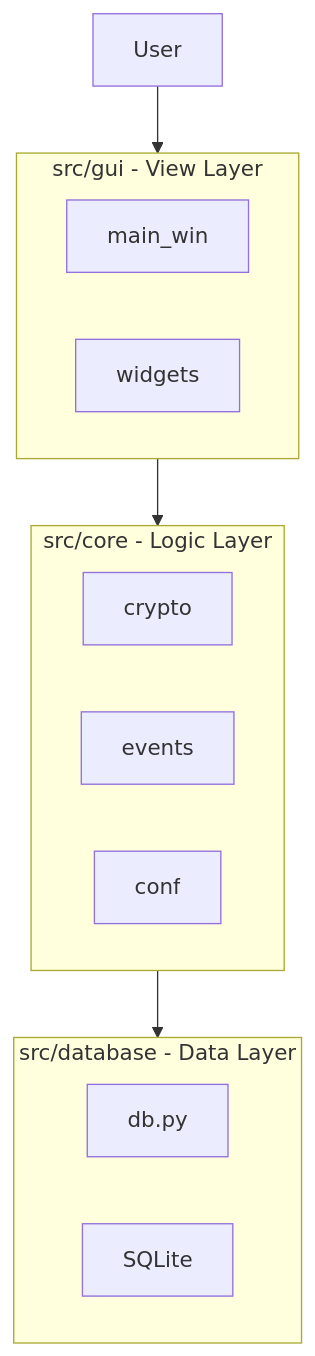
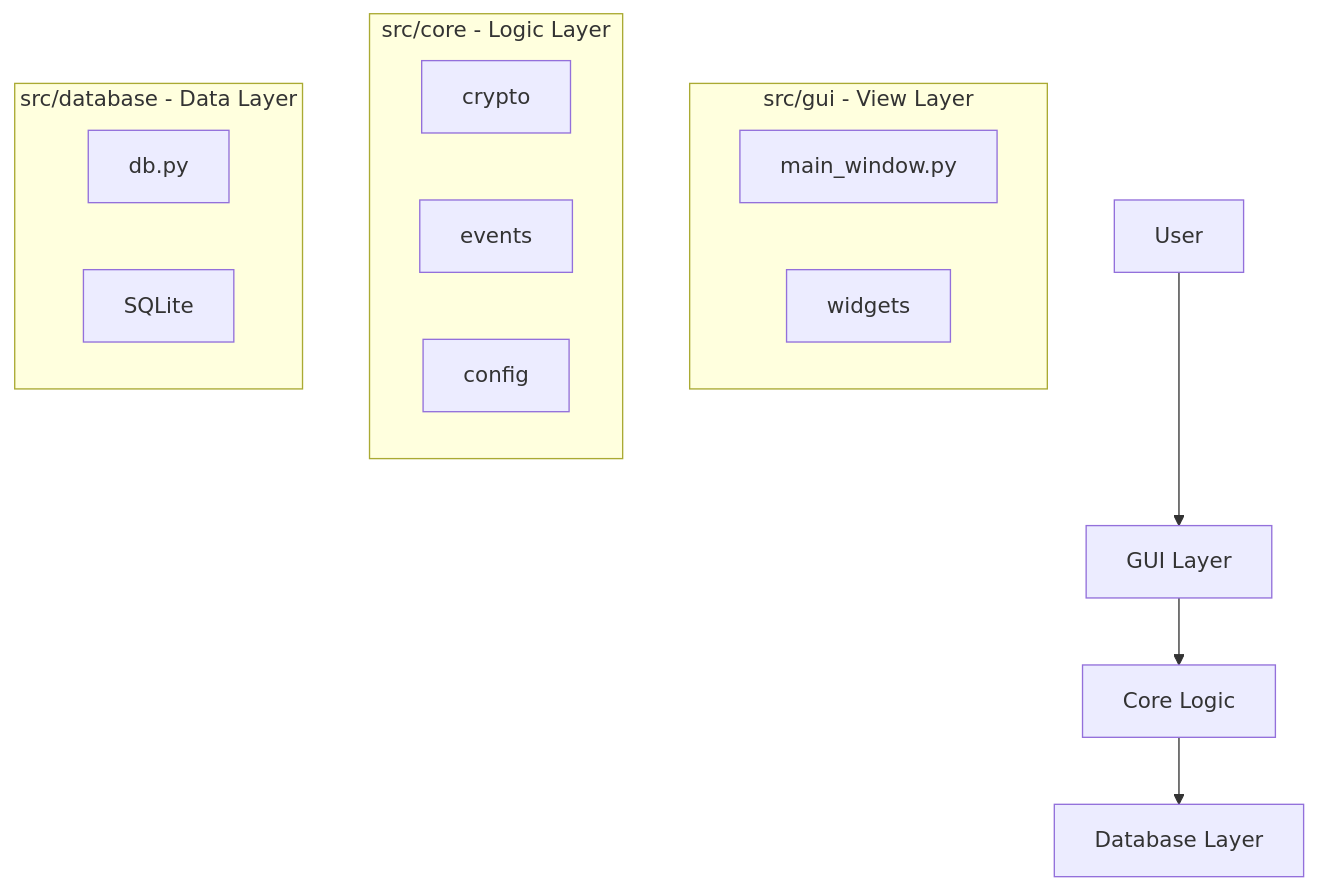
One commit to leral00/CryptoSafe-Manager changed the diagram in README.md. Above: the diagram before and after it, drawn with Mermaid. The commit also changed other lines of this file, not shown here.

````diff
--- a/README.md
+++ b/README.md
@@ -71,25 +67,25 @@
 ```mermaid
 flowchart TD
 
-User --> GUI
+User["User"] --> GUI["GUI Layer"]
 
-subgraph GUI[src/gui - View Layer]
-main_win
-widgets
+subgraph GUI_LAYER["src/gui - View Layer"]
+main_win["main_window.py"]
+widgets["widgets"]
 end
 
-GUI --> CORE
+GUI --> CORE["Core Logic"]
 
-subgraph CORE[src/core - Logic Layer]
-crypto
-events
-conf
+subgraph CORE_LAYER["src/core - Logic Layer"]
+crypto["crypto"]
+events["events"]
+conf["config"]
 end
 
-CORE --> DB
+CORE --> DB["Database Layer"]
 
-subgraph DB[src/database - Data Layer]
+subgraph DB_LAYER["src/database - Data Layer"]
 db_py["db.py"]
 sqlite["SQLite"]
 end
 ```
````
